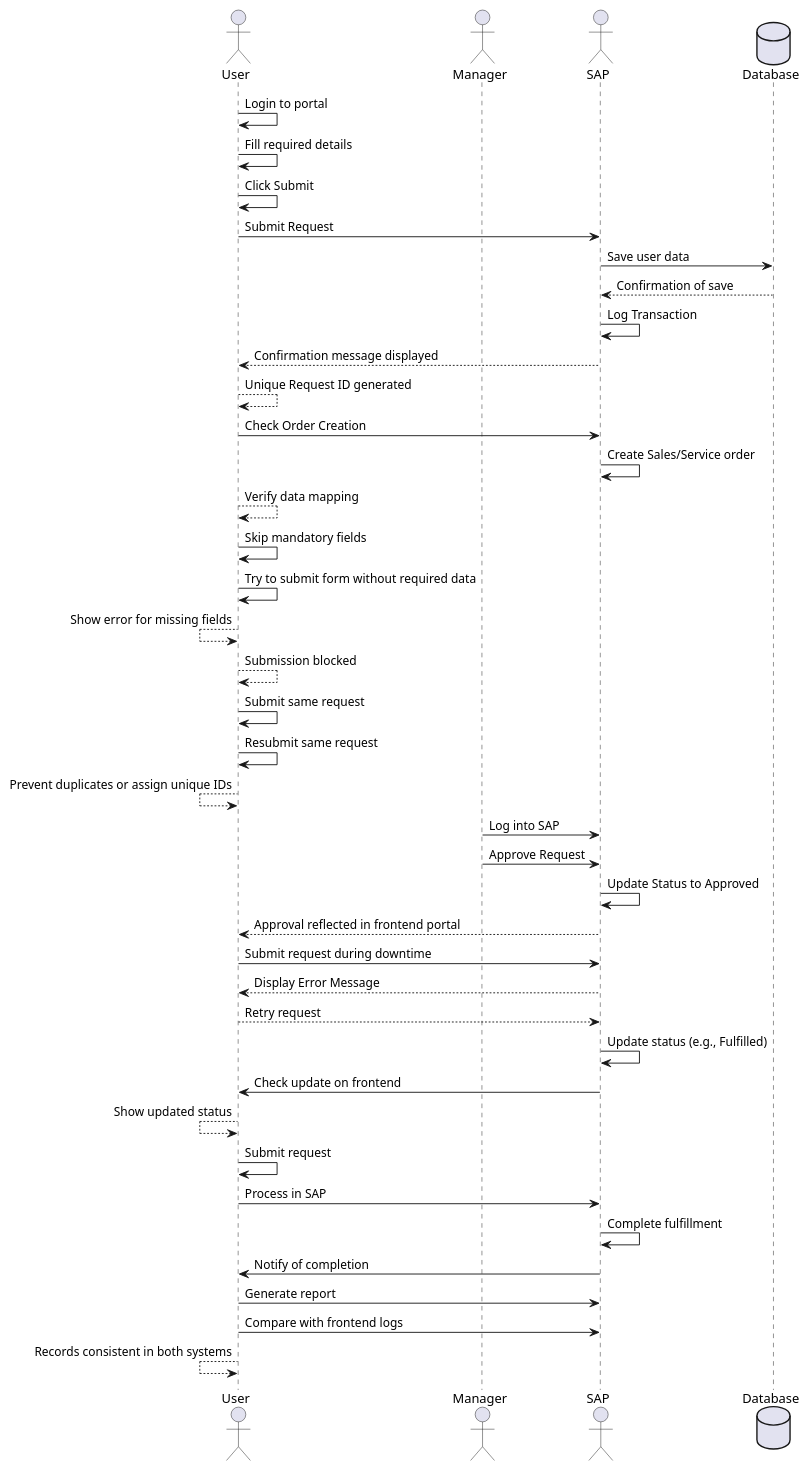
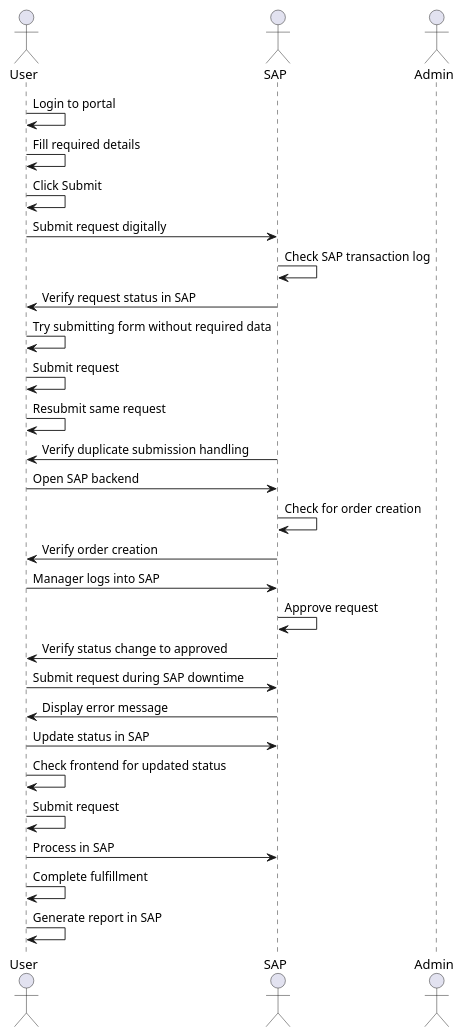
Before and after one commit to aniket-017/PlantUml: the diagram in plantuml2/static/e2e_test_diagram.puml, drawn with PlantUML. The commit also changed 6 other files, not shown here.

```diff
--- a/plantuml2/static/e2e_test_diagram.puml
+++ b/plantuml2/static/e2e_test_diagram.puml
@@ -1,50 +1,31 @@
 @startuml
 actor User
-actor Manager
 actor SAP
-database Database
+actor Admin
 
 User -> User: Login to portal
 User -> User: Fill required details
 User -> User: Click Submit
-User -> SAP: Submit Request
-SAP -> Database: Save user data
-Database --> SAP: Confirmation of save
-SAP -> SAP: Log Transaction
-User <-- SAP: Confirmation message displayed
-User --> User: Unique Request ID generated
-User -> SAP: Check Order Creation
-SAP -> SAP: Create Sales/Service order
-User --> User: Verify data mapping
-
-User -> User: Skip mandatory fields
-User -> User: Try to submit form without required data
-User <-- User: Show error for missing fields
-User --> User: Submission blocked
-
-User -> User: Submit same request
+User -> SAP: Submit request digitally
+SAP -> SAP: Check SAP transaction log
+SAP -> User: Verify request status in SAP
+User -> User: Try submitting form without required data
+User -> User: Submit request
 User -> User: Resubmit same request
-User <-- User: Prevent duplicates or assign unique IDs
-
-Manager -> SAP: Log into SAP
-Manager -> SAP: Approve Request
-SAP -> SAP: Update Status to Approved
-SAP --> User: Approval reflected in frontend portal
-
-User -> SAP: Submit request during downtime
-SAP --> User: Display Error Message
-User --> SAP: Retry request
-
-SAP -> SAP: Update status (e.g., Fulfilled)
-SAP -> User: Check update on frontend
-User <-- User: Show updated status
-
+SAP -> User: Verify duplicate submission handling
+User -> SAP: Open SAP backend
+SAP -> SAP: Check for order creation
+SAP -> User: Verify order creation
+User -> SAP: Manager logs into SAP
+SAP -> SAP: Approve request
+SAP -> User: Verify status change to approved
+User -> SAP: Submit request during SAP downtime
+SAP -> User: Display error message
+User -> SAP: Update status in SAP
+User -> User: Check frontend for updated status
 User -> User: Submit request
 User -> SAP: Process in SAP
-SAP -> SAP: Complete fulfillment
-SAP -> User: Notify of completion
+User -> User: Complete fulfillment
+User -> User: Generate report in SAP
 
-User -> SAP: Generate report
-User -> SAP: Compare with frontend logs
-User <-- User: Records consistent in both systems
 @enduml
```
